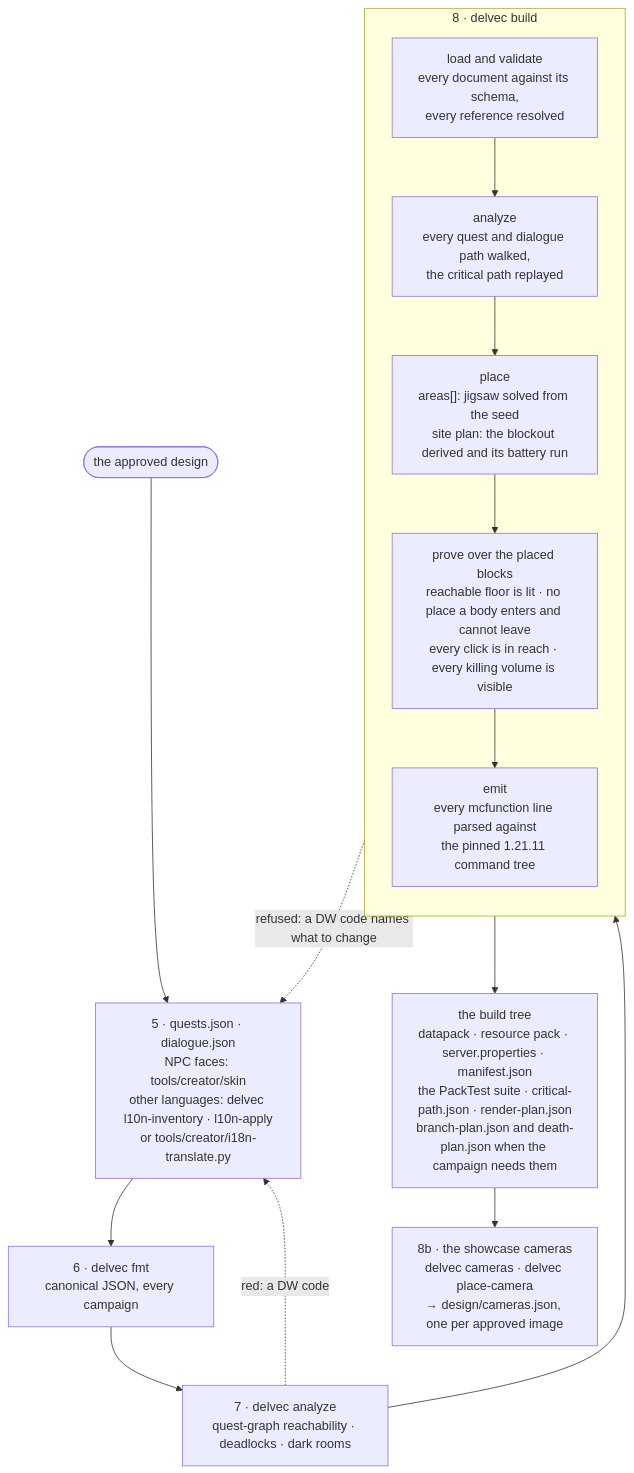
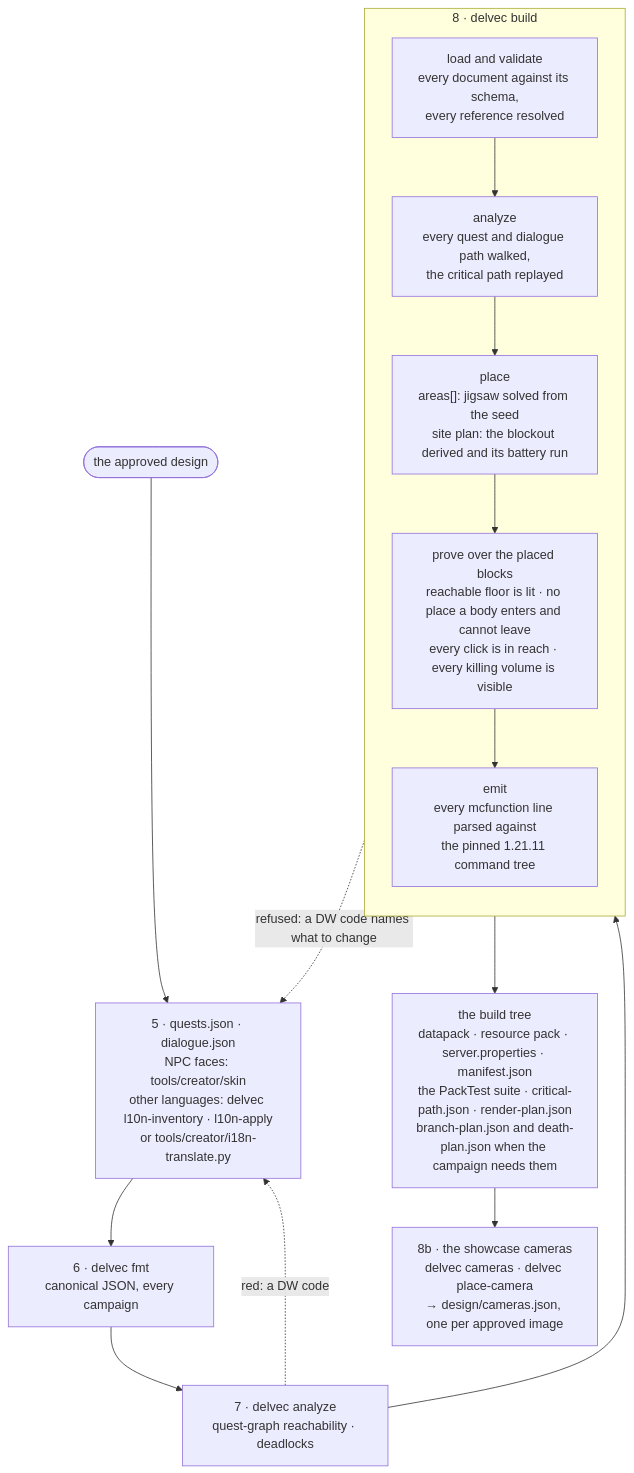
Before and after one commit to stellarfeline/delvewright: the fourth of 9 diagrams in docs/how-it-works.md, drawn with Mermaid. The commit also changed other lines of this file and 9 other files, not shown here.

````diff
--- a/docs/how-it-works.md
+++ b/docs/how-it-works.md
@@ -88,21 +88,21 @@
 ```mermaid
 flowchart TD
     DJ(["the approved design"]) --> C5["5 · quests.json · dialogue.json<br/>NPC faces: tools/creator/skin<br/>other languages: delvec l10n-inventory · l10n-apply<br/>or tools/creator/i18n-translate.py"]
     C5 --> FMT["6 · delvec fmt<br/>canonical JSON, every campaign"]
-    FMT --> AN["7 · delvec analyze<br/>quest-graph reachability · deadlocks · dark rooms"]
+    FMT --> AN["7 · delvec analyze<br/>quest-graph reachability · deadlocks"]
     AN -.->|"red: a DW code"| C5
     AN --> BUILD
 
     subgraph BUILD ["8 · delvec build"]
         direction TB
         B1["load and validate<br/>every document against its schema,<br/>every reference resolved"]
         B1 --> B2["analyze<br/>every quest and dialogue path walked,<br/>the critical path replayed"]
         B2 --> B3["place<br/>areas[]: jigsaw solved from the seed<br/>site plan: the blockout derived and its battery run"]
         B3 --> B4["prove over the placed blocks<br/>reachable floor is lit · no place a body enters and cannot leave<br/>every click is in reach · every killing volume is visible"]
         B4 --> B5["emit<br/>every mcfunction line parsed against<br/>the pinned 1.21.11 command tree"]
     end
 
     BUILD -.->|"refused: a DW code names what to change"| C5
     BUILD --> OUT["the build tree<br/>datapack · resource pack · server.properties · manifest.json<br/>the PackTest suite · critical-path.json · render-plan.json<br/>branch-plan.json and death-plan.json when the campaign needs them"]
     OUT --> CAM["8b · the showcase cameras<br/>delvec cameras · delvec place-camera<br/>→ design/cameras.json, one per approved image"]
 ```
````
